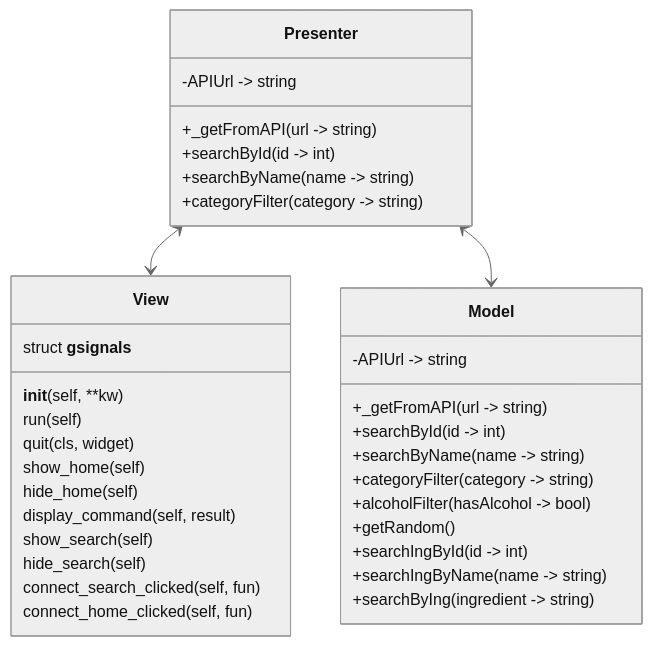
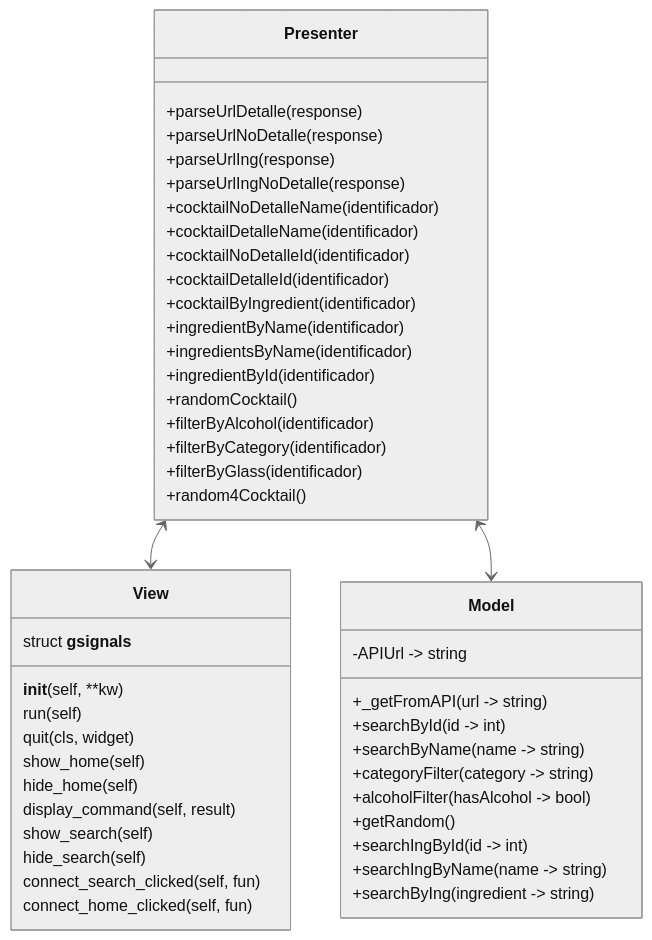
One commit to braisf03/IPM changed the first of 2 diagrams in diseño-sw.md. Above: the diagram before and after it, drawn with Mermaid (neutral theme).

````diff
--- a/diseño-sw.md
+++ b/diseño-sw.md
@@ -7,37 +7,52 @@
 ```mermaid
 classDiagram
     Presenter <--> View
     Presenter <--> Model
-    Presenter : -APIUrl -> string
-    Presenter : +_getFromAPI(url -> string)
-    Presenter : +searchById(id -> int)
-    Presenter : +searchByName(name -> string)
-    Presenter : +categoryFilter(category -> string)
-    Presenter : 
+
+    class Presenter{
+    +parseUrlDetalle(response)
+    +parseUrlNoDetalle(response)
+    +parseUrlIng(response)
+    +parseUrlIngNoDetalle(response)
+    +cocktailNoDetalleName(identificador)
+    +cocktailDetalleName(identificador)
+    +cocktailNoDetalleId(identificador)
+    +cocktailDetalleId(identificador)
+    +cocktailByIngredient(identificador)
+    +ingredientByName(identificador)
+    +ingredientsByName(identificador)
+    +ingredientById(identificador)
+    +randomCocktail()
+    +filterByAlcohol(identificador)
+    +filterByCategory(identificador)
+    +filterByGlass(identificador)
+    +random4Cocktail()
+    
+}
     class View{
       struct __gsignals__
       __init__(self, **kw)
       run(self)
       quit(cls, widget)
       show_home(self)
       hide_home(self)
       display_command(self, result)
       show_search(self)
       hide_search(self)
       connect_search_clicked(self, fun)
       connect_home_clicked(self, fun)
 }
     class Model{
      -APIUrl -> string
      +_getFromAPI(url -> string)
      +searchById(id -> int)
      +searchByName(name -> string)
      +categoryFilter(category -> string)
      +alcoholFilter(hasAlcohol -> bool)
      +getRandom()
      +searchIngById(id -> int)
      +searchIngByName(name -> string)
      +searchByIng(ingredient -> string)
     
 }
 ```
````
